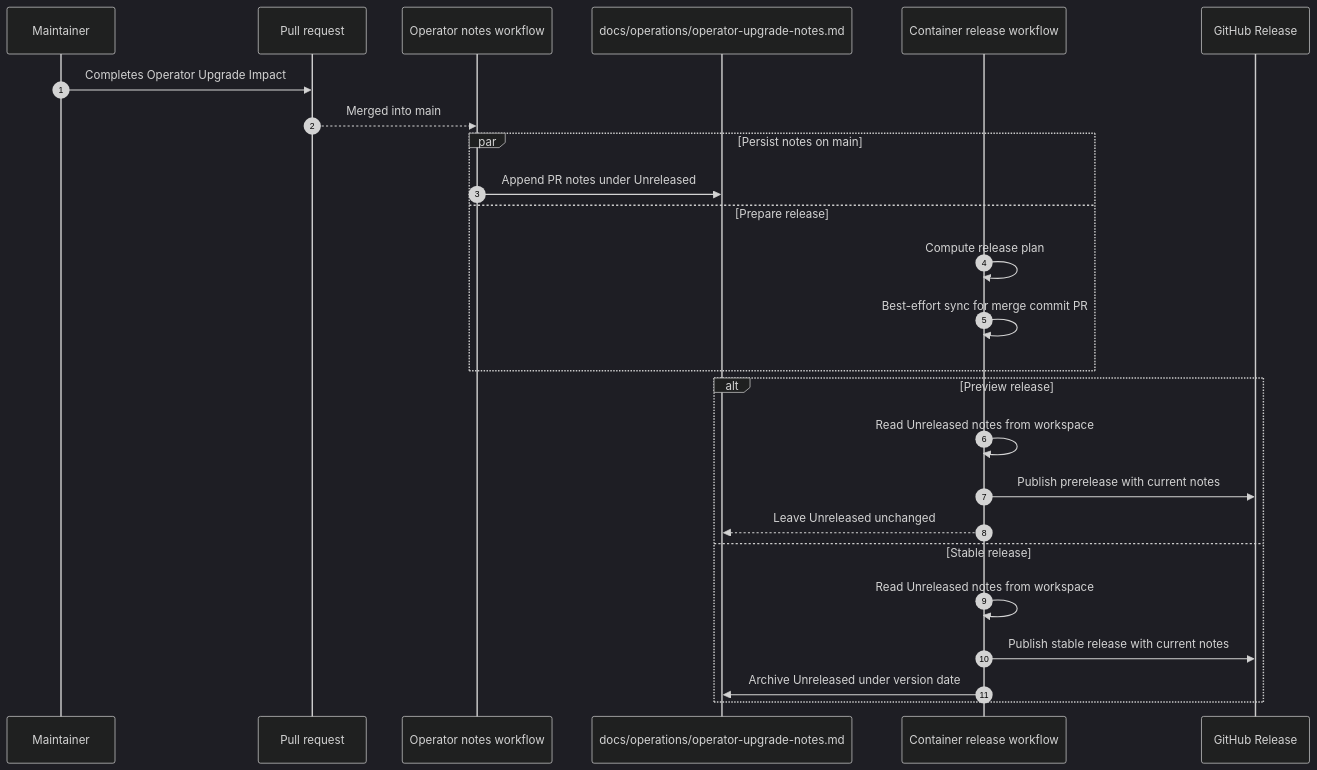
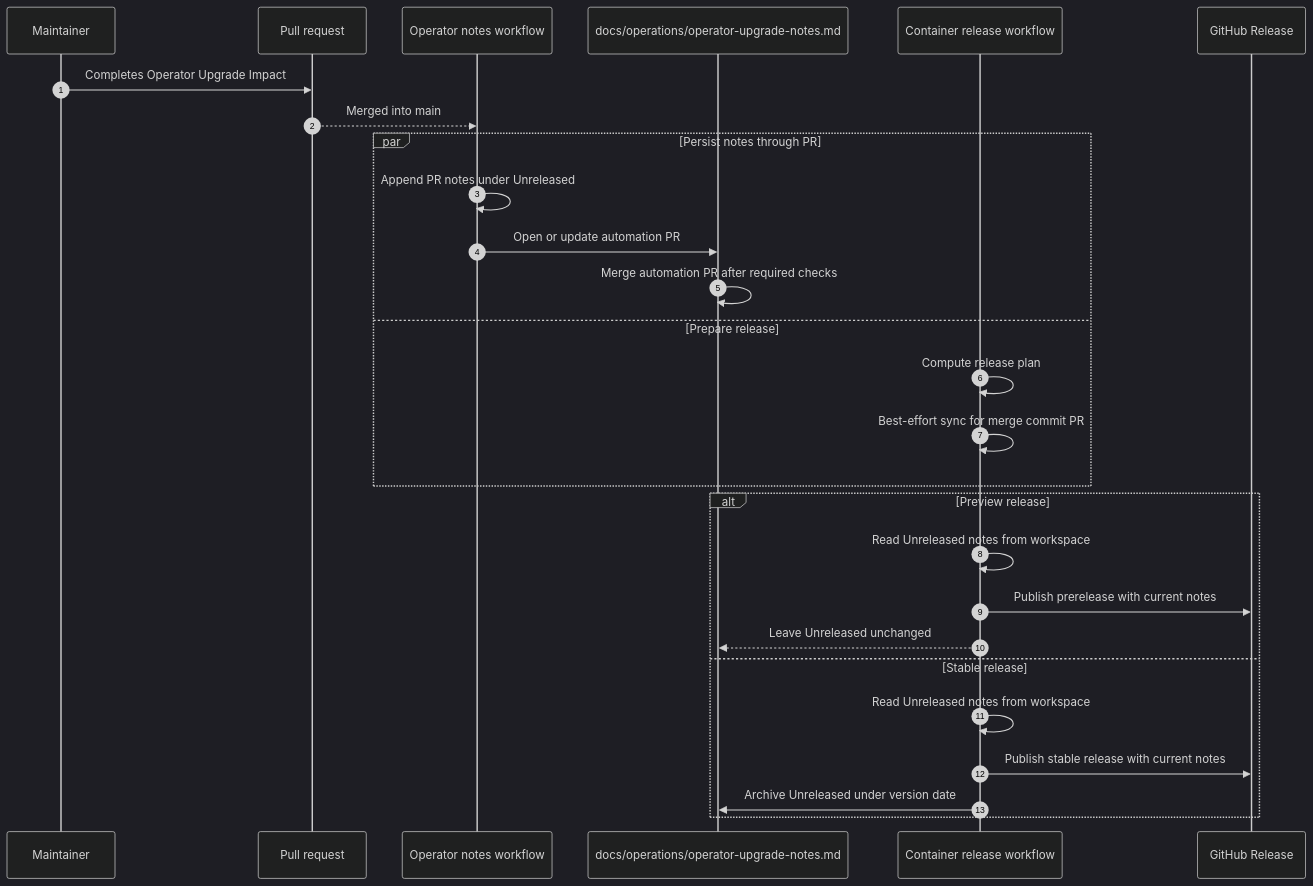
Before and after one commit to viscalyx/Kravhantering: the diagram in docs/development/trusted-container-publishing.md, drawn with Mermaid (dark theme). The commit also changed other lines of this file and 3 other files, not shown here.

````diff
--- a/docs/development/trusted-container-publishing.md
+++ b/docs/development/trusted-container-publishing.md
@@ -180,29 +188,31 @@
 ```mermaid
 sequenceDiagram
     autonumber
     participant Maintainer
     participant PR as Pull request
     participant Notes as Operator notes workflow
     participant Main as docs/operations/operator-upgrade-notes.md
     participant Release as Container release workflow
     participant GitHub as GitHub Release
 
     Maintainer->>PR: Completes Operator Upgrade Impact
     PR-->>Notes: Merged into main
-    par Persist notes on main
-        Notes->>Main: Append PR notes under Unreleased
+    par Persist notes through PR
+        Notes->>Notes: Append PR notes under Unreleased
+        Notes->>Main: Open or update automation PR
+        Main->>Main: Merge automation PR after required checks
     and Prepare release
         Release->>Release: Compute release plan
         Release->>Release: Best-effort sync for merge commit PR
     end
 
     alt Preview release
         Release->>Release: Read Unreleased notes from workspace
         Release->>GitHub: Publish prerelease with current notes
         Release-->>Main: Leave Unreleased unchanged
     else Stable release
         Release->>Release: Read Unreleased notes from workspace
         Release->>GitHub: Publish stable release with current notes
         Release->>Main: Archive Unreleased under version date
     end
 ```
````
